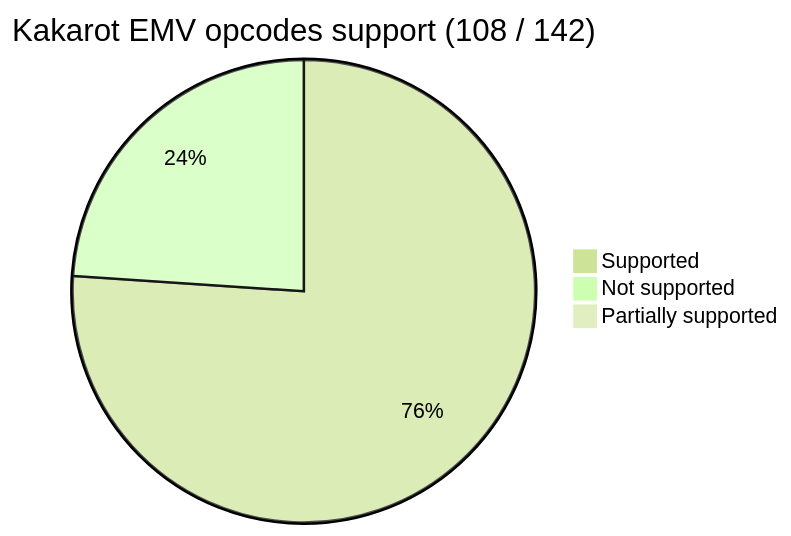
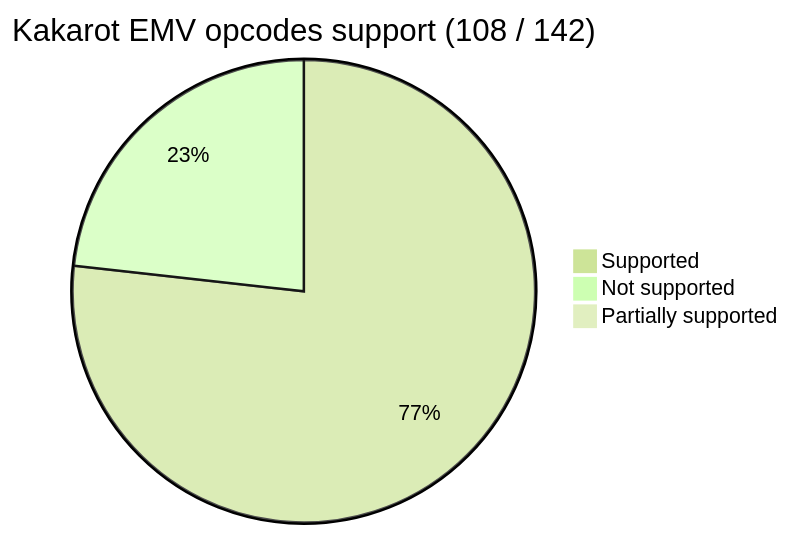
One commit to kkrt-labs/kakarot changed the first of 2 diagrams in README.md. Above: the diagram before and after it, drawn with Mermaid. The commit also changed 2 other files, not shown here.

Commit message:
Add origin opcode call

````diff
--- a/README.md
+++ b/README.md
@@ -38,9 +38,9 @@
 ```mermaid
 %%{init: {'theme': 'forest', 'themeVariables': { 'darkMode': 'false'}}}%%
 
 pie title Kakarot EMV opcodes support (108 / 142)
-    "Supported" : 108
-    "Not supported" : 34
+    "Supported" : 109
+    "Not supported" : 33
 
     "Partially supported" : 0
 ```
````
